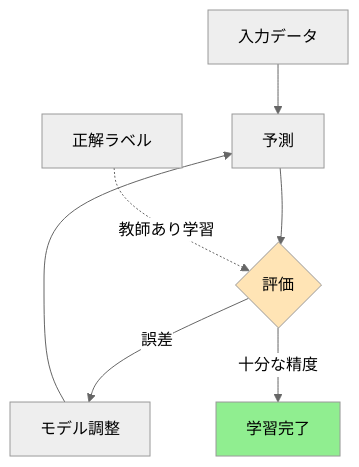
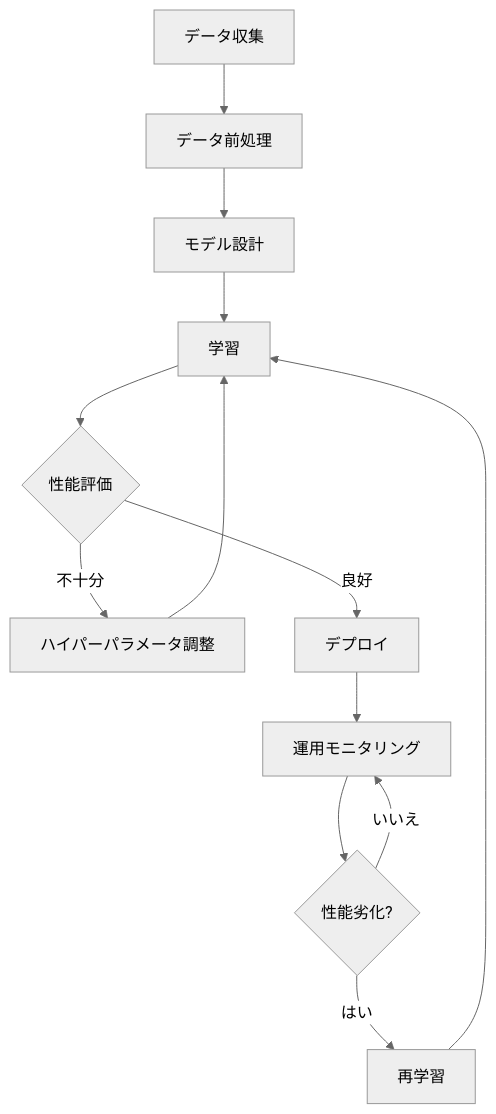
One commit to SparklingDetergent/doc_genai_mental_model changed the fourth of 8 diagrams in AI/Structure.Md. Above: the diagram before and after it, drawn with Mermaid (neutral theme). The commit also changed other lines of this file, not shown here.

````diff
--- a/AI/Structure.Md
+++ b/AI/Structure.Md
@@ -86,13 +181,15 @@
 ```mermaid
-flowchart TD
-    A[入力データ] --> B[予測]
-    B --> C{評価}
-    C -->|誤差| D[モデル調整]
-    D --> B
-    C -->|十分な精度| E[学習完了]
-    
-    F[正解ラベル] -.教師あり学習.-> C
-    
-    style E fill:#90EE90
-    style C fill:#FFE4B5
+graph TD
+    A[データ収集] --> B[データ前処理]
+    B --> C[モデル設計]
+    C --> D[学習]
+    D --> E{性能評価}
+    E -->|不十分| F[ハイパーパラメータ調整]
+    F --> D
+    E -->|良好| G[デプロイ]
+    G --> H[運用モニタリング]
+    H --> I{性能劣化?}
+    I -->|はい| J[再学習]
+    J --> D
+    I -->|いいえ| H
 ```
````
